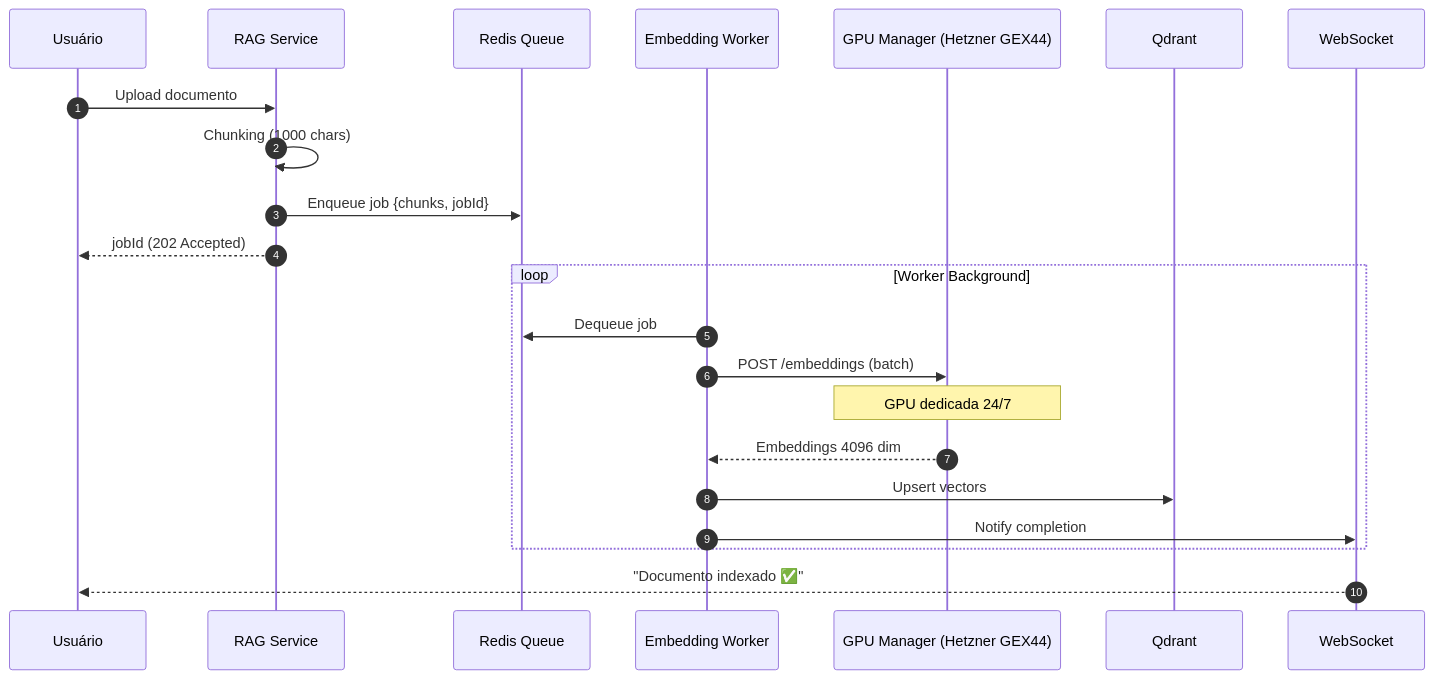
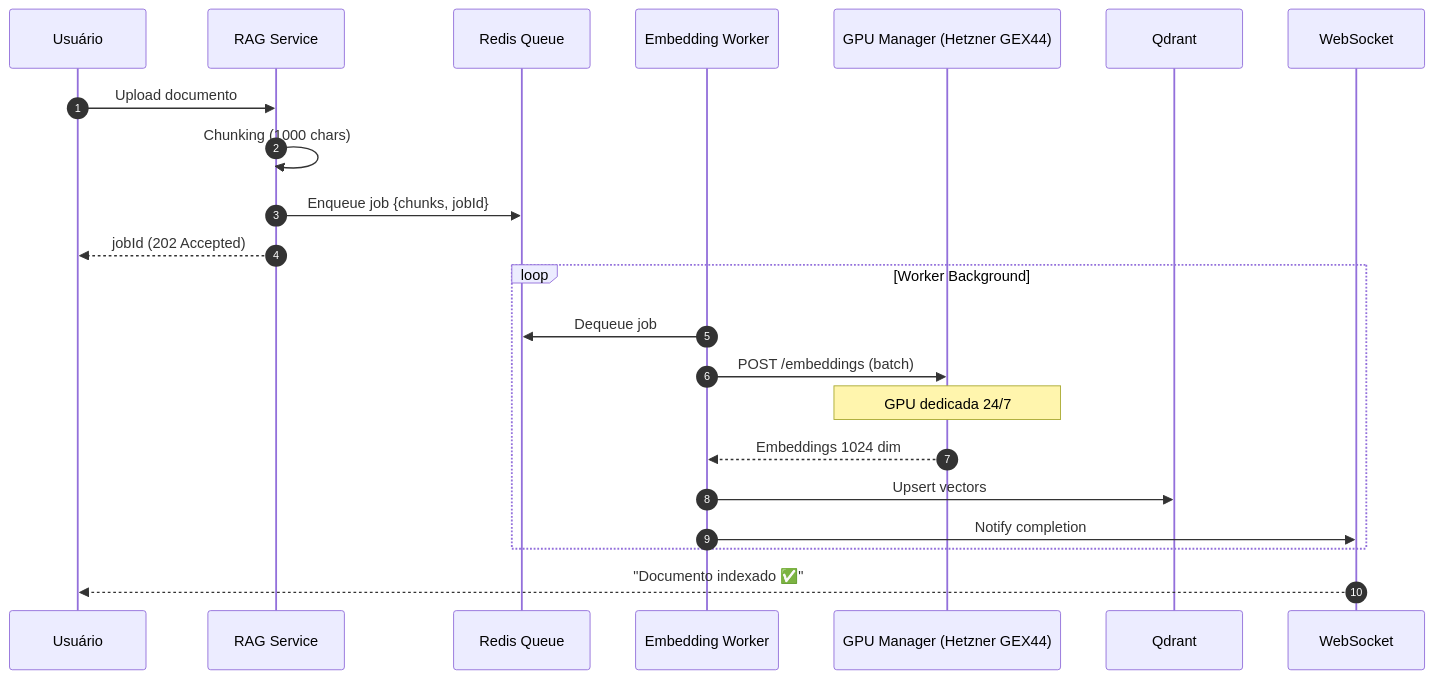
One commit to fillipeguerrabtc/alice changed the eighth of 13 diagrams in docs/ARQUITETURA.md. Above: the diagram before and after it, drawn with Mermaid. The commit also changed other lines of this file and 19 other files, not shown here.

````diff
--- a/docs/ARQUITETURA.md
+++ b/docs/ARQUITETURA.md
@@ -417,27 +417,27 @@
 ```mermaid
 sequenceDiagram
     autonumber
     participant U as Usuário
     participant RAG as RAG Service
     participant Queue as Redis Queue
     participant Worker as Embedding Worker
     participant GPU as GPU Manager (Hetzner GEX44)
     participant Qdrant as Qdrant
     participant WS as WebSocket
     
     U->>RAG: Upload documento
     RAG->>RAG: Chunking (1000 chars)
     RAG->>Queue: Enqueue job {chunks, jobId}
     RAG-->>U: jobId (202 Accepted)
     
     loop Worker Background
         Worker->>Queue: Dequeue job
         Worker->>GPU: POST /embeddings (batch)
         Note over GPU: GPU dedicada 24/7
-        GPU-->>Worker: Embeddings 4096 dim
+        GPU-->>Worker: Embeddings 1024 dim
         Worker->>Qdrant: Upsert vectors
         Worker->>WS: Notify completion
     end
     
     WS-->>U: "Documento indexado ✅"
 ```
````
